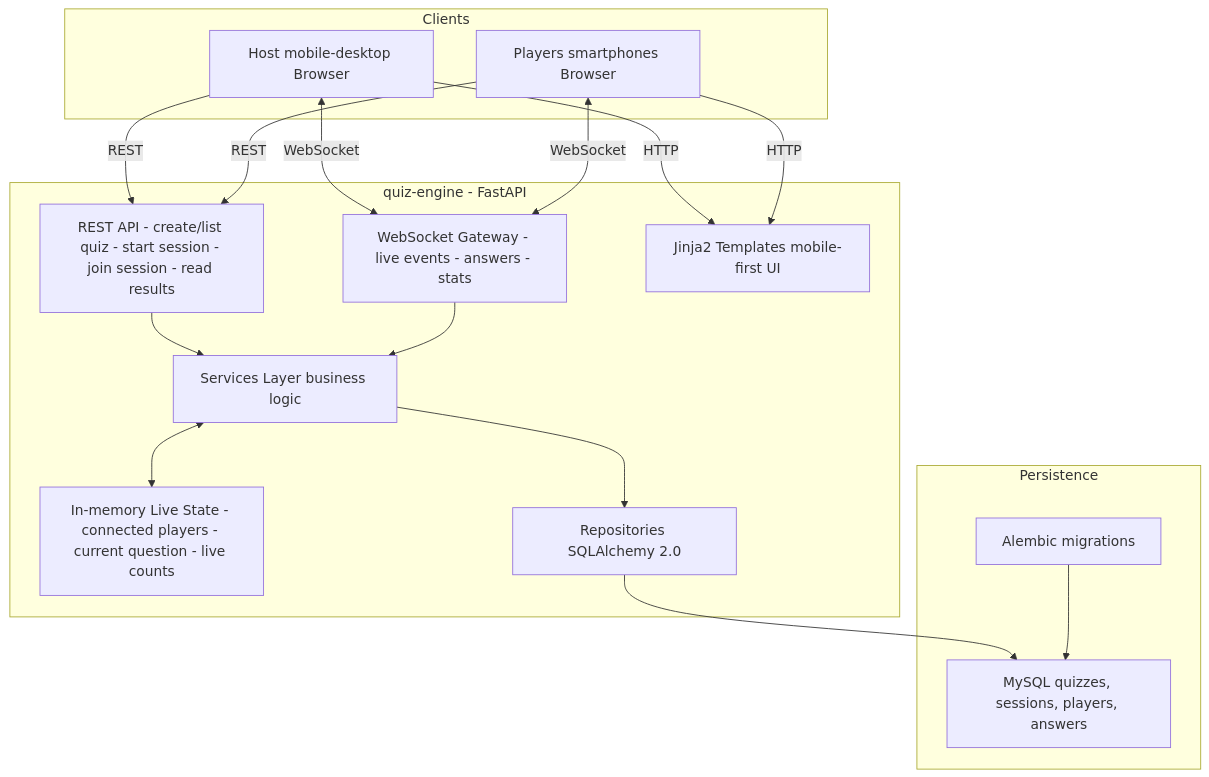
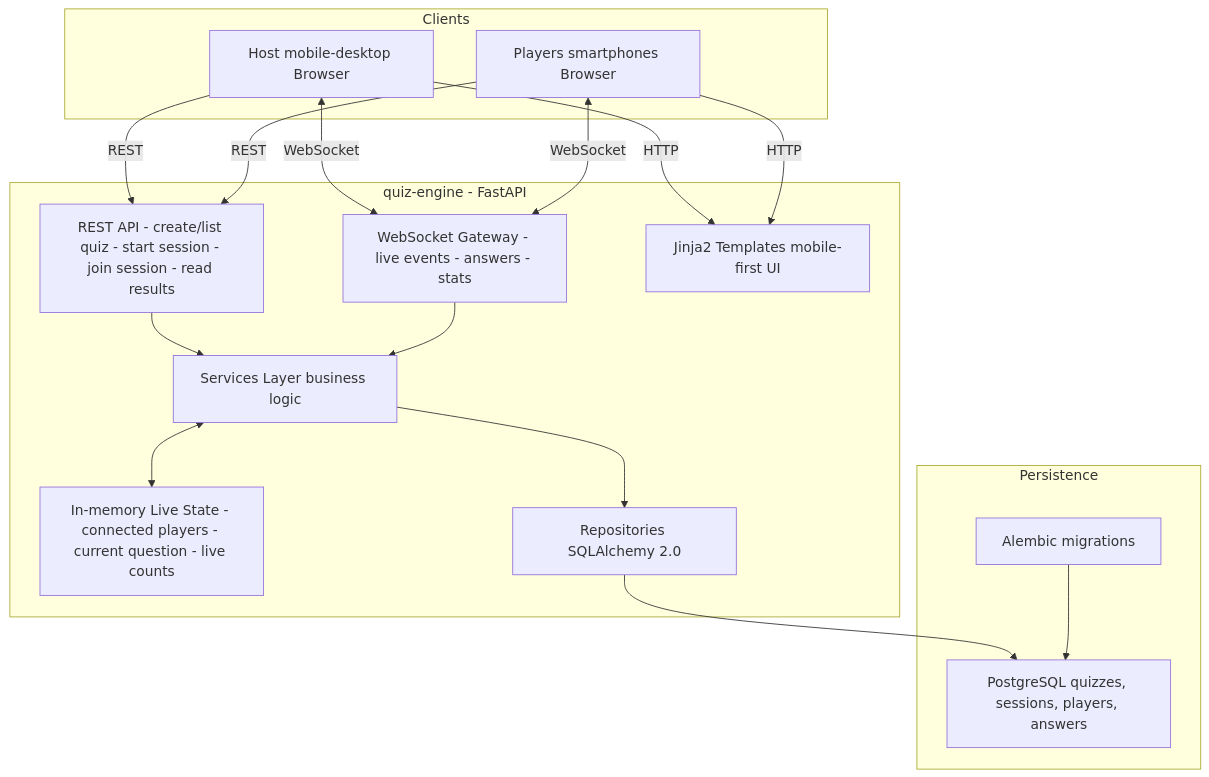
Before and after one commit to ChristianPRO1982/quiz-engine: the diagram in README.md, drawn with Mermaid. The commit also changed other lines of this file and 7 other files, not shown here.

````diff
--- a/README.md
+++ b/README.md
@@ -24,40 +24,40 @@
 ```mermaid
 flowchart TB
 
   subgraph Clients[Clients]
     H[Host mobile-desktop Browser]
     P[Players smartphones Browser]
   end
 
   subgraph App[quiz-engine - FastAPI]
     REST[REST API - create/list quiz - start session - join session - read results]
     WS[WebSocket Gateway - live events - answers - stats]
     LIVE[In-memory Live State - connected players - current question - live counts]
     TPL[Jinja2 Templates mobile-first UI]
     SVC[Services Layer business logic]
     REPO[Repositories SQLAlchemy 2.0]
   end
 
   subgraph Data[Persistence]
-    DB[MySQL quizzes, sessions, players, answers]
+    DB[PostgreSQL quizzes, sessions, players, answers]
     MIG[Alembic migrations]
   end
 
   H -->|HTTP| TPL
   P -->|HTTP| TPL
 
   H -->|REST| REST
   P -->|REST| REST
 
   H <-->|WebSocket| WS
   P <-->|WebSocket| WS
 
   REST --> SVC
   WS --> SVC
   SVC <--> LIVE
 
   SVC --> REPO
   REPO --> DB
   MIG --> DB
 
 ```
````
